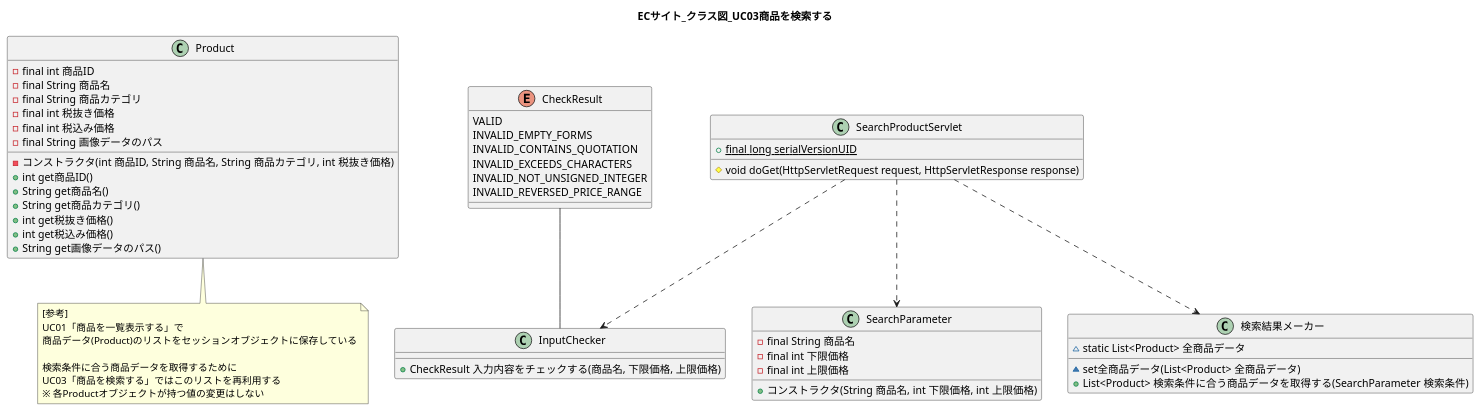
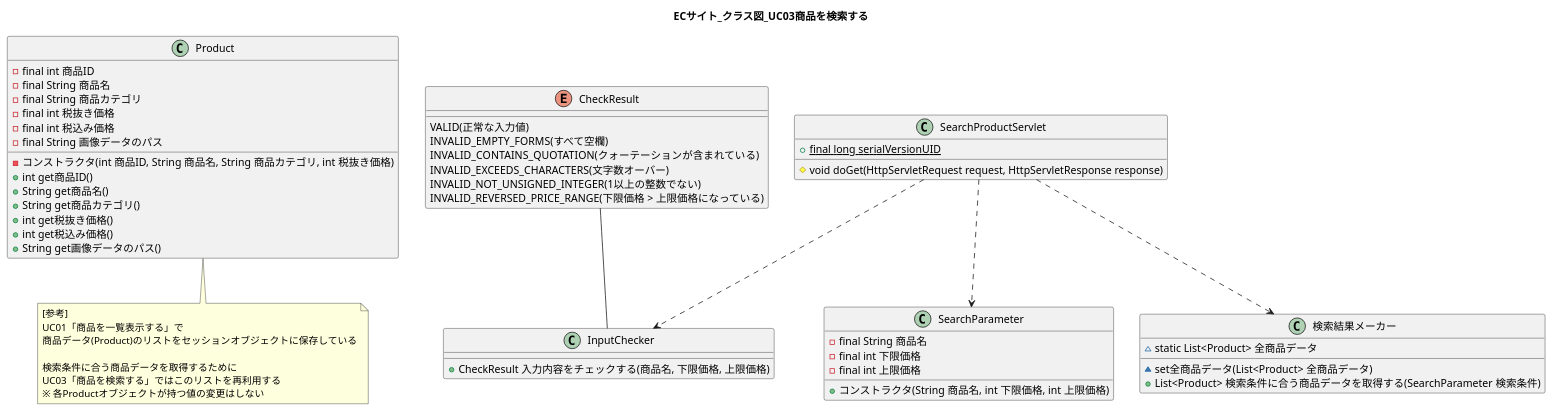
One commit to wnakayama/ojt_ecsite changed the diagram in UML/ClassDiag03.puml. Above: the diagram before and after it, drawn with PlantUML. The commit also changed 3 other files, not shown here.

```diff
--- a/UML/ClassDiag03.puml
+++ b/UML/ClassDiag03.puml
@@ -1,65 +1,65 @@
 @startuml
 title ECサイト_クラス図_UC03商品を検索する
 
 class Product {
     -final int 商品ID
     -final String 商品名
     -final String 商品カテゴリ
     -final int 税抜き価格
     -final int 税込み価格
     -final String 画像データのパス
     -コンストラクタ(int 商品ID, String 商品名, String 商品カテゴリ, int 税抜き価格)
     +int get商品ID()
     +String get商品名()
     +String get商品カテゴリ()
     +int get税抜き価格()
     +int get税込み価格()
     +String get画像データのパス()
 }
 
 note bottom of Product
 [参考]
 UC01「商品を一覧表示する」で
 商品データ(Product)のリストをセッションオブジェクトに保存している
 
 検索条件に合う商品データを取得するために
 UC03「商品を検索する」ではこのリストを再利用する
 ※ 各Productオブジェクトが持つ値の変更はしない
 end note
 
 class SearchProductServlet {
     +{static} final long serialVersionUID
     #void doGet(HttpServletRequest request, HttpServletResponse response)
 }
 
 CheckResult -- InputChecker
 enum CheckResult {
-    VALID
-    INVALID_EMPTY_FORMS
-    INVALID_CONTAINS_QUOTATION
-    INVALID_EXCEEDS_CHARACTERS
-    INVALID_NOT_UNSIGNED_INTEGER
-    INVALID_REVERSED_PRICE_RANGE
+    VALID(正常な入力値)
+    INVALID_EMPTY_FORMS(すべて空欄)
+    INVALID_CONTAINS_QUOTATION(クォーテーションが含まれている)
+    INVALID_EXCEEDS_CHARACTERS(文字数オーバー)
+    INVALID_NOT_UNSIGNED_INTEGER(1以上の整数でない)
+    INVALID_REVERSED_PRICE_RANGE(下限価格 > 上限価格になっている)
 }
 
 SearchProductServlet ..> InputChecker
 class InputChecker {
     +CheckResult 入力内容をチェックする(商品名, 下限価格, 上限価格)
 }
 
 SearchProductServlet ..> SearchParameter
 class SearchParameter {
     -final String 商品名
     -final int 下限価格
     -final int 上限価格
     +コンストラクタ(String 商品名, int 下限価格, int 上限価格)
 }
 
 SearchProductServlet ..> 検索結果メーカー
 class 検索結果メーカー {
     ~static List<Product> 全商品データ
     ~set全商品データ(List<Product> 全商品データ)
     +List<Product> 検索条件に合う商品データを取得する(SearchParameter 検索条件)
 }
 
 @enduml
```
